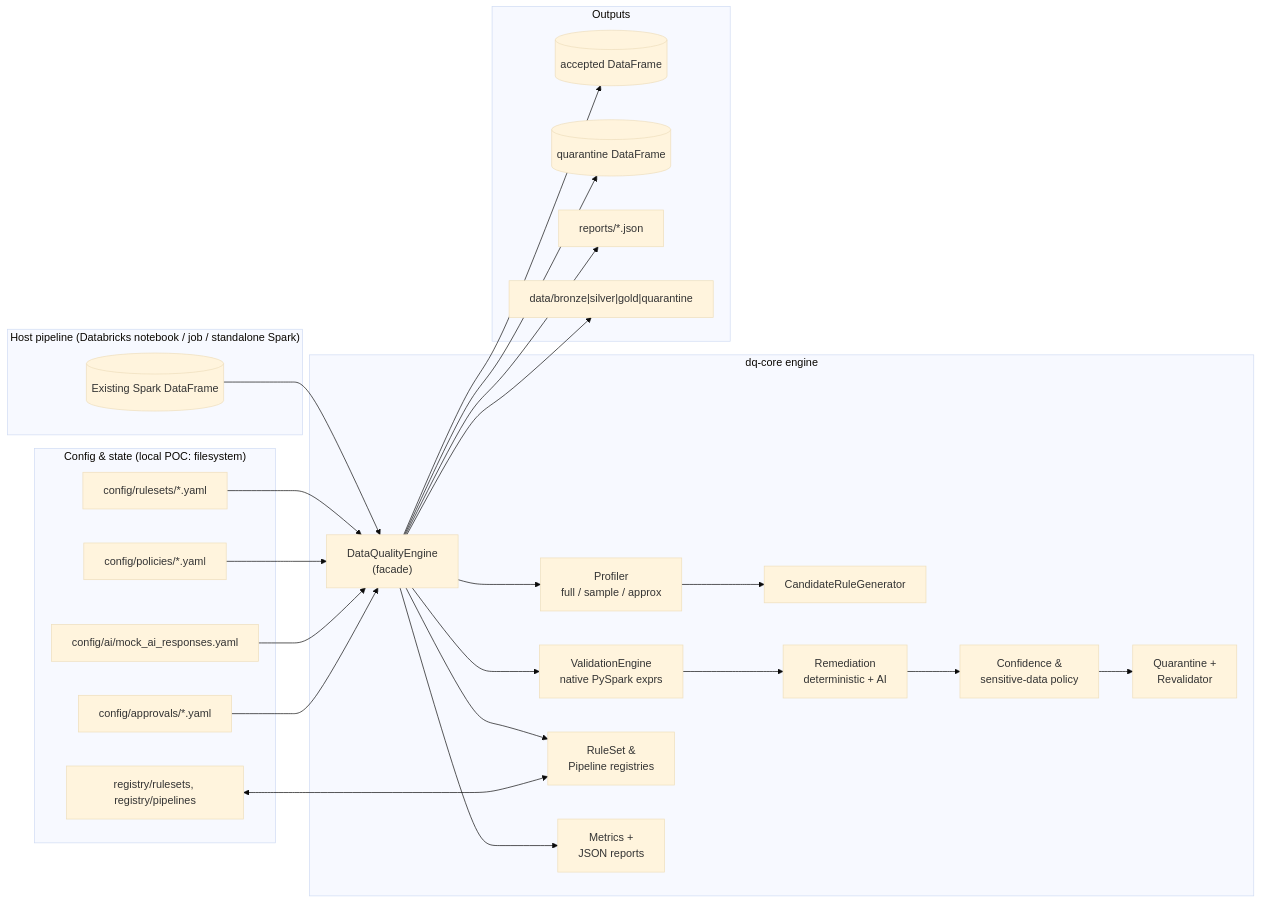
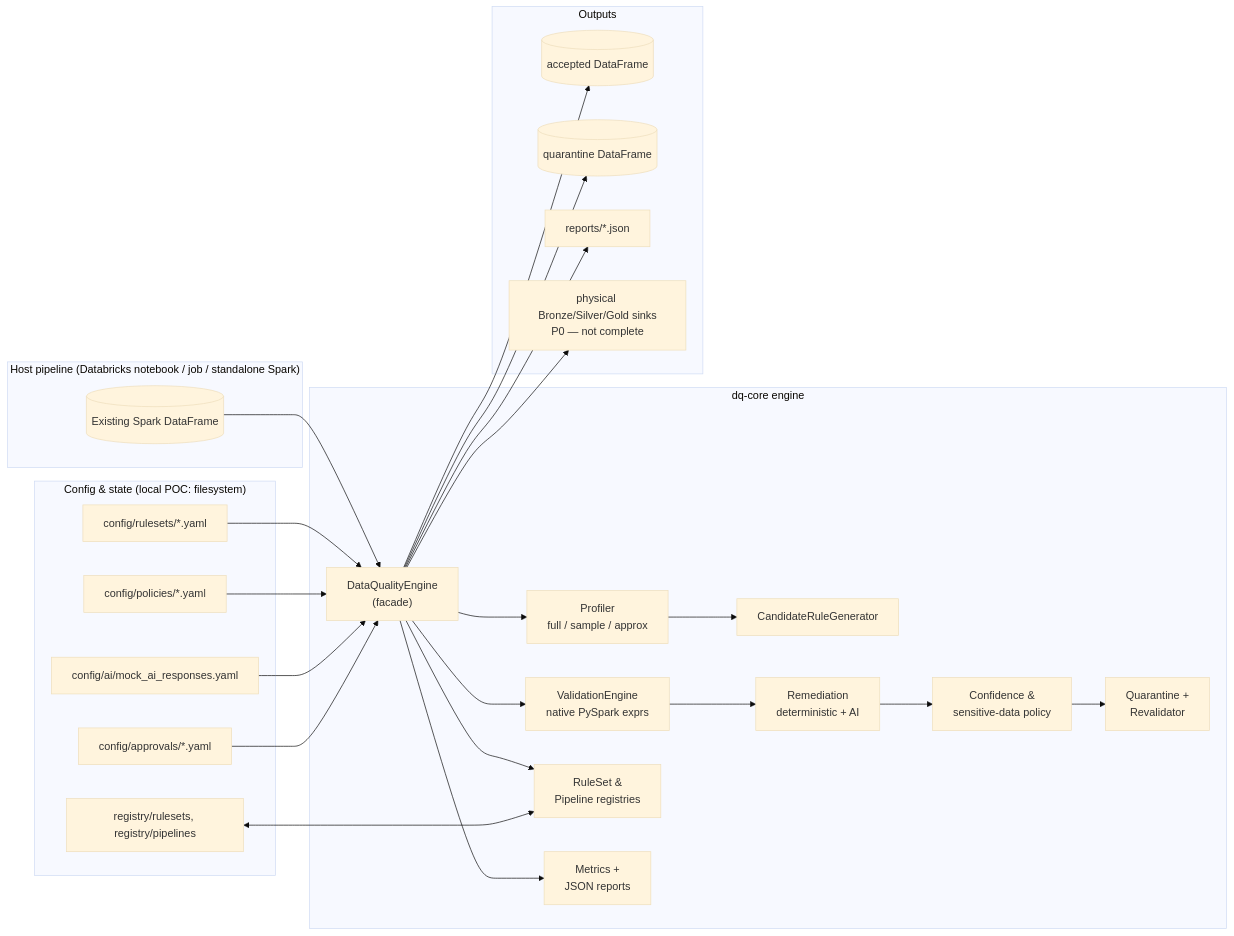
Before and after one commit to KGANESHKUMARK/dq-accelerator: the fourth of 7 diagrams in docs/architecture.md, drawn with Mermaid (base theme). The commit also changed other lines of this file and 6 other files, not shown here.

````diff
--- a/docs/architecture.md
+++ b/docs/architecture.md
@@ -24,43 +115,43 @@
 ```mermaid
 flowchart LR
     subgraph Host["Host pipeline (Databricks notebook / job / standalone Spark)"]
         DF[("Existing Spark DataFrame")]
     end
 
     subgraph DQ["dq-core engine"]
         ENG["DataQualityEngine<br/>(facade)"]
         PROF["Profiler<br/>full / sample / approx"]
         GEN["CandidateRuleGenerator"]
         VAL["ValidationEngine<br/>native PySpark exprs"]
         REM["Remediation<br/>deterministic + AI"]
         POL["Confidence &<br/>sensitive-data policy"]
         QAR["Quarantine +<br/>Revalidator"]
         REG["RuleSet &<br/>Pipeline registries"]
         MET["Metrics +<br/>JSON reports"]
     end
 
     subgraph Store["Config & state (local POC: filesystem)"]
         RS["config/rulesets/*.yaml"]
         POLY["config/policies/*.yaml"]
         REGY["registry/rulesets, registry/pipelines"]
         AI["config/ai/mock_ai_responses.yaml"]
         APR["config/approvals/*.yaml"]
     end
 
     subgraph Out["Outputs"]
         ACC[("accepted DataFrame")]
         QUAR[("quarantine DataFrame")]
         REP["reports/*.json"]
-        MED["data/bronze|silver|gold|quarantine"]
+        MED["physical Bronze/Silver/Gold sinks<br/>P0 — not complete"]
     end
 
     DF --> ENG
     ENG --> PROF --> GEN
     ENG --> VAL --> REM --> POL --> QAR
     ENG --> REG
     ENG --> MET
     RS & POLY & AI & APR --> ENG
     REGY <--> REG
     ENG --> ACC & QUAR & REP
     ENG --> MED
 ```
````
